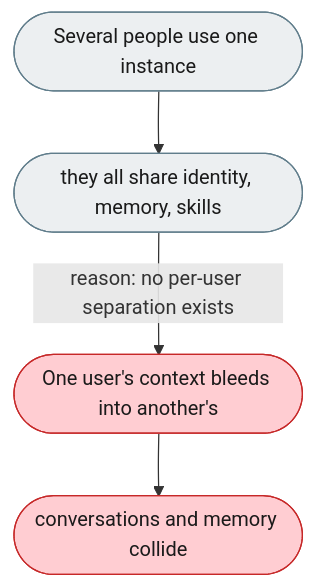
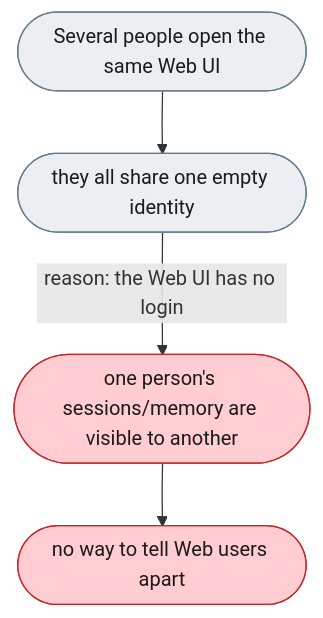
The first of 2 diagrams in docs-michael/usability/findings/collaboration/identity-and-isolation/1-no-login-on-the-web-ui-local-web-users-share-one-identity.md (michaelatamuk/openjiuwen-jiuwenswarm), drawn with Mermaid before and after one commit. The commit also changed other lines of this file and 2 other files, not shown here.

````diff
--- a/docs-michael/usability/findings/collaboration/identity-and-isolation/1-no-login-on-the-web-ui-local-web-users-share-one-identity.md
+++ b/docs-michael/usability/findings/collaboration/identity-and-isolation/1-no-login-on-the-web-ui-local-web-users-share-one-identity.md
@@ -15,12 +15,12 @@
 ```mermaid
 flowchart TD
     classDef fail  fill:#FFCDD2,color:#1a1a1a,stroke:#C62828
     classDef ok    fill:#BBDEFB,color:#1a1a1a,stroke:#1565C0
     classDef fix   fill:#C8E6C9,color:#1a1a1a,stroke:#2E7D32
     classDef plain fill:#ECEFF1,color:#1a1a1a,stroke:#607D8B
-    START(["Several people use one instance"]):::plain
-    MID(["they all share identity, memory, skills"]):::plain
+    START(["Several people open the same Web UI"]):::plain
+    MID(["they all share one empty identity"]):::plain
     START --> MID
-    MID -->|"reason: no per-user separation exists"| OUT(["One user's context bleeds into another's"]):::fail
-    OUT --> DONE(["conversations and memory collide"]):::fail
+    MID -->|"reason: the Web UI has no login"| OUT(["one person's sessions/memory are visible to another"]):::fail
+    OUT --> DONE(["no way to tell Web users apart"]):::fail
 ```
````
